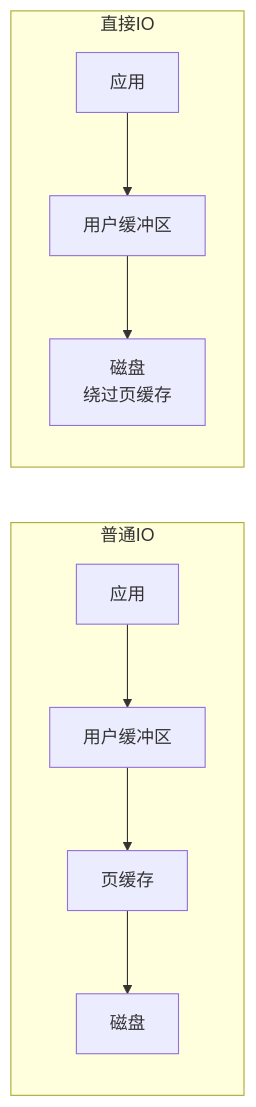
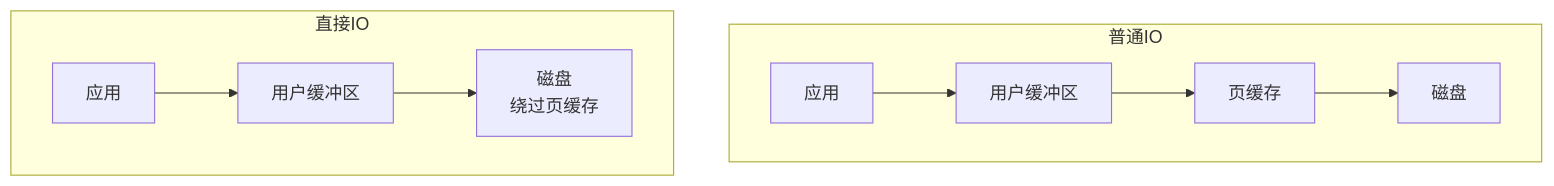
Before and after one commit to jpixy/jpixy.github.io: the first of 3 diagrams in content/articles/linux/linux-11-内存映射与高效IO.md, drawn with Mermaid. The commit also changed other lines of this file and 272 other files, not shown here.

First line of the commit message:
refactor: convert ASCII diagrams to Mermaid and use vertical layout

````diff
--- a/content/articles/linux/linux-11-内存映射与高效IO.md
+++ b/content/articles/linux/linux-11-内存映射与高效IO.md
@@ -259,10 +259,10 @@
 ```mermaid
-flowchart LR
+flowchart TB
     subgraph 普通IO
         A1[应用] --> B1[用户缓冲区] --> C1[页缓存] --> D1[磁盘]
     end
     
     subgraph 直接IO
         A2[应用] --> B2[用户缓冲区] --> D2[磁盘<br/>绕过页缓存]
     end
 ```
````
